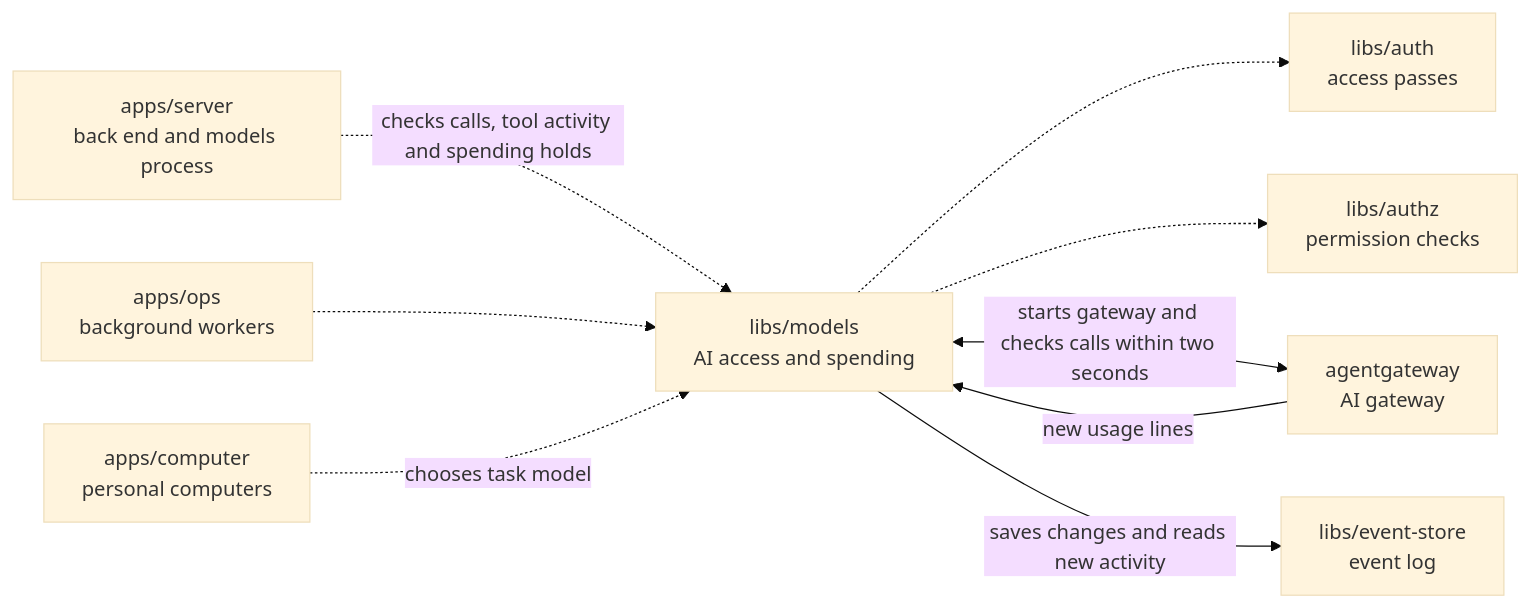
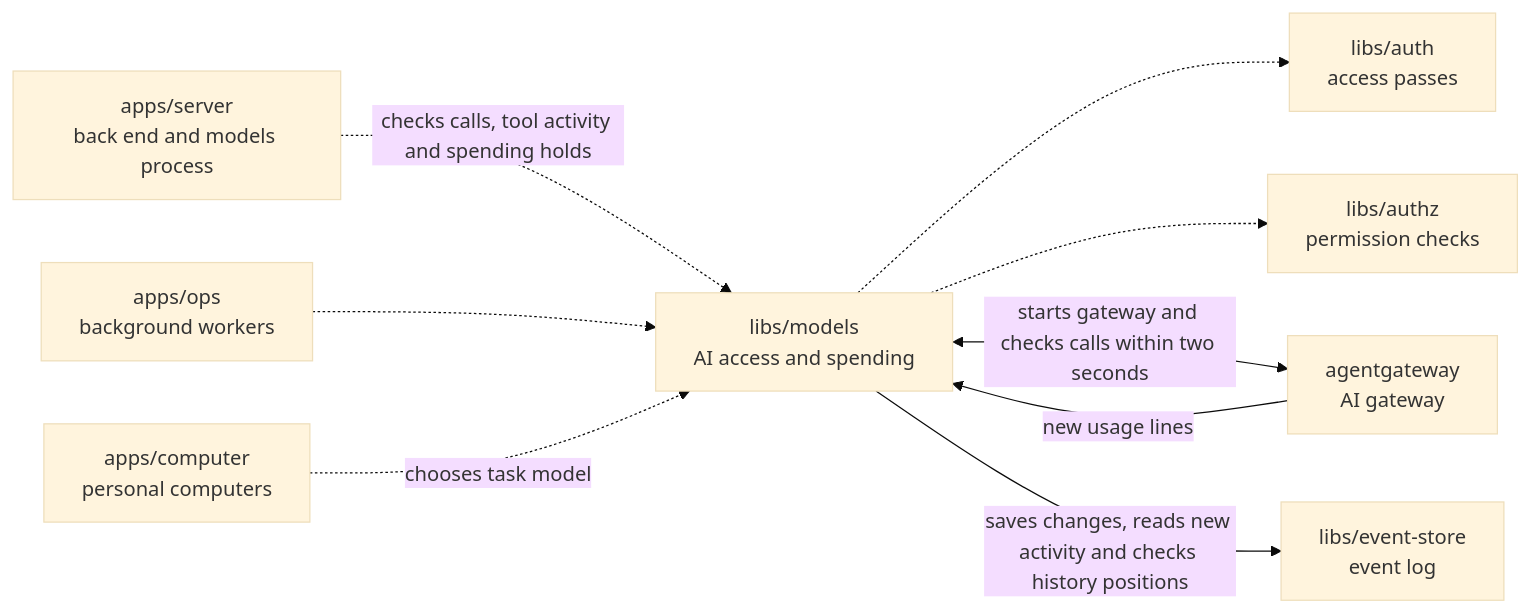
One commit to elewa-git/opencrane-new changed the diagram in libs/models/README.md. Above: the diagram before and after it, drawn with Mermaid (base theme). The commit also changed other lines of this file and 21 other files, not shown here.

````diff
--- a/libs/models/README.md
+++ b/libs/models/README.md
@@ -11,11 +11,11 @@
 ```mermaid
 flowchart LR
   server["apps/server<br/>back end and models process"] -.->|checks calls, tool activity and spending holds| models["libs/models<br/>AI access and spending"]
   ops["apps/ops<br/>background workers"] -.-> models
   computer["apps/computer<br/>personal computers"] -.->|chooses task model| models
   models -.-> auth["libs/auth<br/>access passes"]
   models -.-> authz["libs/authz<br/>permission checks"]
   models <-->|starts gateway and checks calls within two seconds| gateway["agentgateway<br/>AI gateway"]
   gateway -->|new usage lines| models
-  models -->|saves changes and reads new activity| store["libs/event-store<br/>event log"]
+  models -->|saves changes, reads new activity and checks history positions| store["libs/event-store<br/>event log"]
 ```
````
